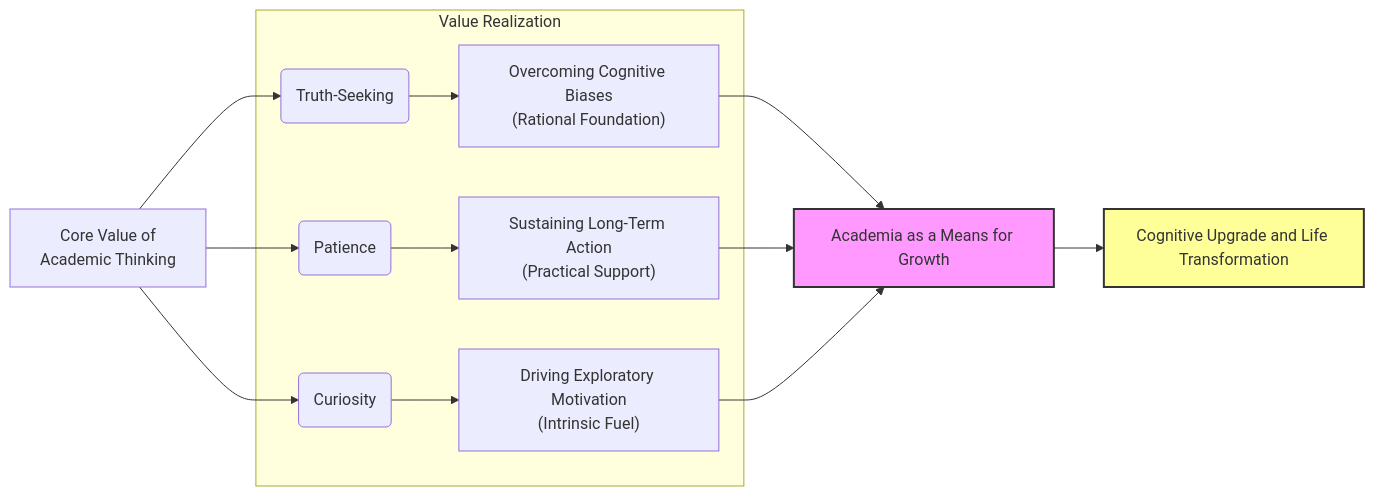
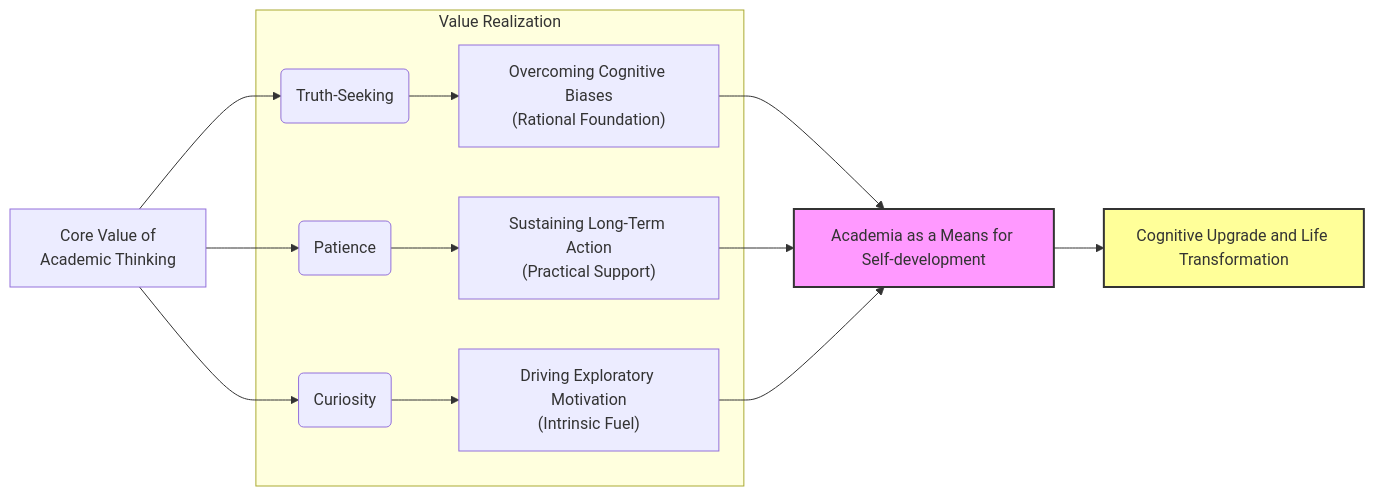
The diagram in content/post/preserving_academia/Why_Am_I_Preserving_Academia.md (ShaodongDev/Shaodong), drawn with Mermaid before and after one commit. The commit also changed other lines of this file, not shown here.

````diff
--- a/content/post/preserving_academia/Why_Am_I_Preserving_Academia.md
+++ b/content/post/preserving_academia/Why_Am_I_Preserving_Academia.md
@@ -87,20 +87,20 @@
 ```mermaid
 graph LR 
     A[Core Value of<br>Academic Thinking] --> B(Truth-Seeking)
     A --> C(Patience)
     A --> D(Curiosity)
 
     subgraph Value Realization
       B --> E["Overcoming Cognitive Biases<br>(Rational Foundation)"]
       C --> F["Sustaining Long-Term Action<br>(Practical Support)"]
       D --> G["Driving Exploratory Motivation<br>(Intrinsic Fuel)"]
     end
 
-    E --> H[Academia as a Means for Growth]
+    E --> H[Academia as a Means for Self-development]
     F --> H
     G --> H
     H --> I[Cognitive Upgrade and Life Transformation]
 
     style H fill:#f9f,stroke:#333,stroke-width:2px
     style I fill:#ff9,stroke:#333,stroke-width:2px
 ```
````
